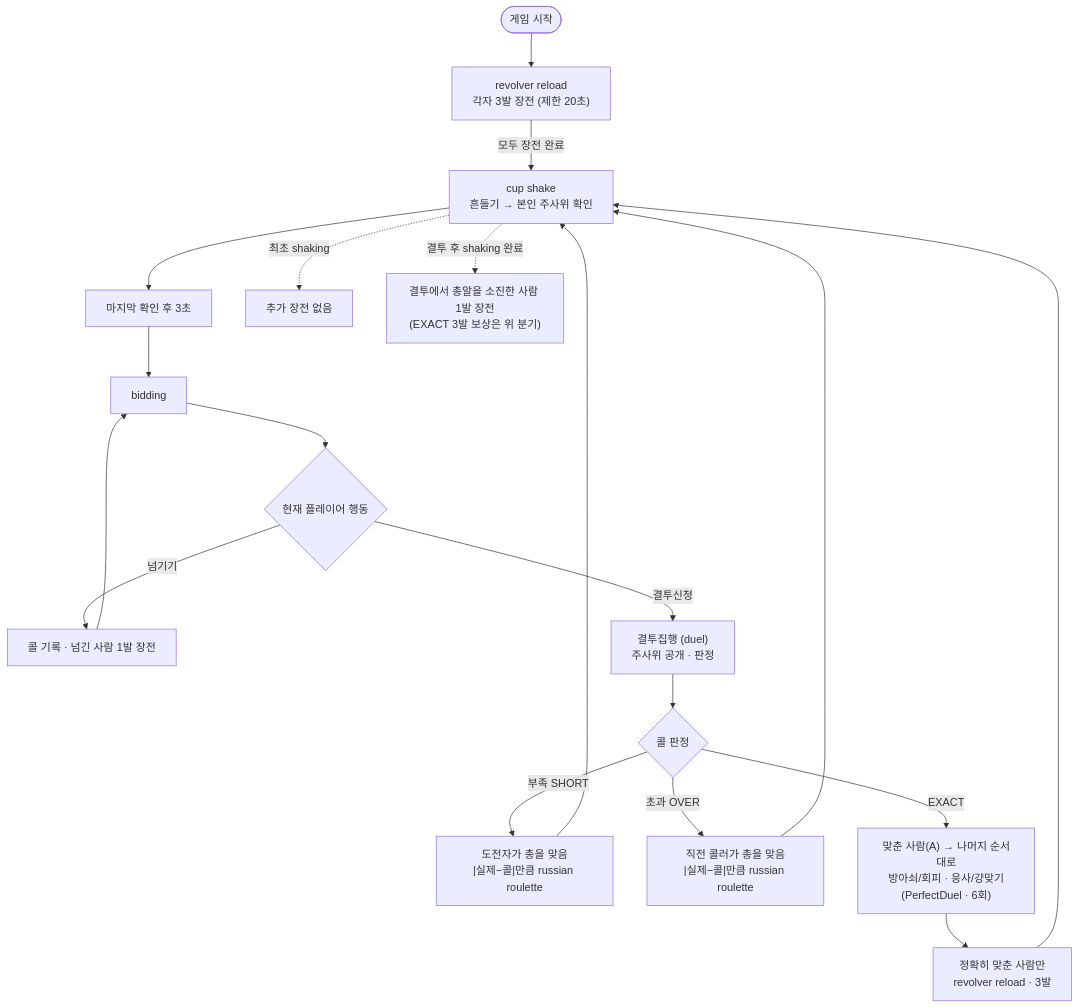
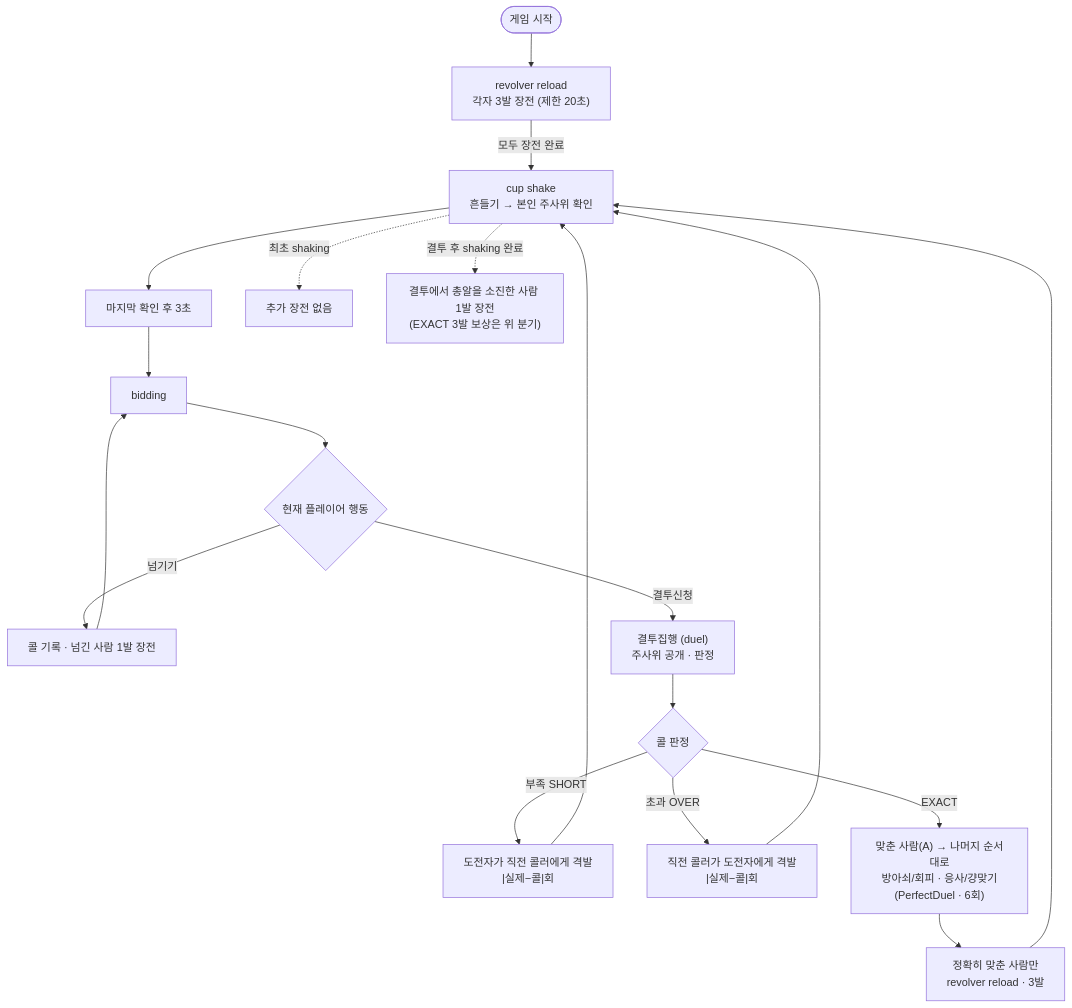
Before and after one commit to deliciouscat/CylinderDicer: the diagram in play/GAME_RULES.md, drawn with Mermaid. The commit also changed other lines of this file and 134 other files, not shown here.

````diff
--- a/play/GAME_RULES.md
+++ b/play/GAME_RULES.md
@@ -3,28 +3,28 @@
 ```mermaid
 flowchart TD
     Start([게임 시작]) --> Setup["revolver reload<br/>각자 3발 장전 (제한 20초)"]
     Setup -->|모두 장전 완료| Shake["cup shake<br/>흔들기 → 본인 주사위 확인"]
 
     Shake --> Gap["마지막 확인 후 3초"]
     Gap --> Bidding["bidding"]
 
     Bidding --> Action{현재 플레이어 행동}
     Action -->|넘기기| Pass["콜 기록 · 넘긴 사람 1발 장전"]
     Pass --> Bidding
 
     Action -->|결투신청| Duel["결투집행 (duel)<br/>주사위 공개 · 판정"]
     Duel --> Judge{콜 판정}
 
-    Judge -->|부족 SHORT| Short["도전자가 총을 맞음<br/>|실제−콜|만큼 russian roulette"]
+    Judge -->|부족 SHORT| Short["도전자가 직전 콜러에게 격발<br/>|실제−콜|회"]
     Short --> Shake
 
-    Judge -->|초과 OVER| Over["직전 콜러가 총을 맞음<br/>|실제−콜|만큼 russian roulette"]
+    Judge -->|초과 OVER| Over["직전 콜러가 도전자에게 격발<br/>|실제−콜|회"]
     Over --> Shake
 
     Judge -->|EXACT| Perfect["맞춘 사람(A) → 나머지 순서대로<br/>방아쇠/회피 · 응사/걍맞기<br/>(PerfectDuel · 6회)"]
     Perfect --> Reload3["정확히 맞춘 사람만<br/>revolver reload · 3발"]
     Reload3 --> Shake
 
     Shake -.->|최초 shaking| NoteFirst["추가 장전 없음"]
     Shake -.->|결투 후 shaking 완료| NoteLater["결투에서 총알을 소진한 사람 1발 장전<br/>(EXACT 3발 보상은 위 분기)"]
 ```
````
